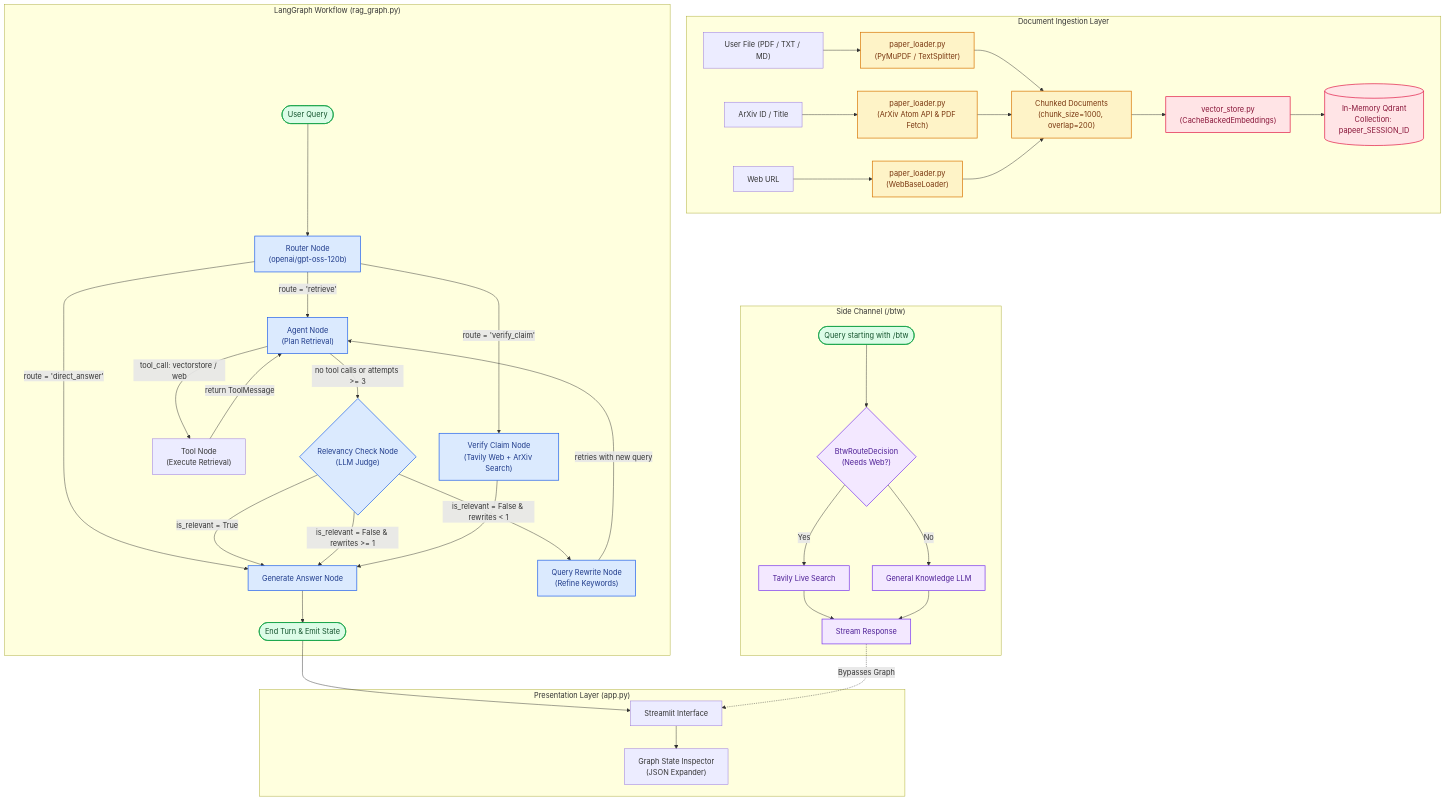
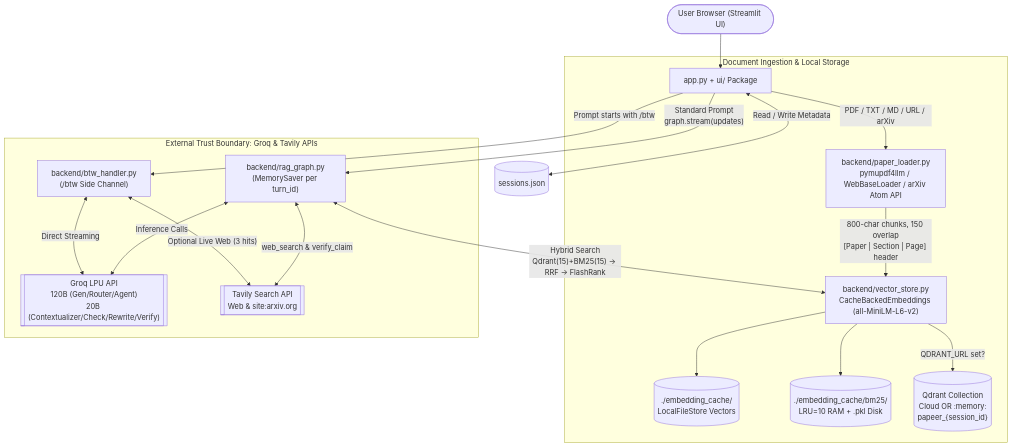
One commit to dummycodertech/research-assistant-agentic-rag changed the first of 3 diagrams in README.md. Above: the diagram before and after it, drawn with Mermaid. The commit also changed other lines of this file and 3 other files, not shown here.

````diff
--- a/README.md
+++ b/README.md
@@ -129,58 +116,29 @@
 ```mermaid
 flowchart TD
-  subgraph Ingestion["Document Ingestion Layer"]
-    A1["User File (PDF / TXT / MD)"] --> B1["paper_loader.py<br/>(PyMuPDF / TextSplitter)"]
-    A2["ArXiv ID / Title"] --> B2["paper_loader.py<br/>(ArXiv Atom API & PDF Fetch)"]
-    A3["Web URL"] --> B3["paper_loader.py<br/>(WebBaseLoader)"]
-    B1 --> C["Chunked Documents<br/>(chunk_size=1000, overlap=200)"]
-    B2 --> C
-    B3 --> C
-    C --> D["vector_store.py<br/>(CacheBackedEmbeddings)"]
-    D --> E[("In-Memory Qdrant<br/>Collection: papeer_SESSION_ID")]
-  end
+    User(["User Browser (Streamlit UI)"]) --> App["app.py + ui/ Package"]
 
-  subgraph Orchestration["LangGraph Workflow (rag_graph.py)"]
-    UserQuery(["User Query"]) --> RouterNode["Router Node<br/>(openai/gpt-oss-120b)"]
-    
-    RouterNode -->|"route = 'retrieve'"| AgentNode["Agent Node<br/>(Plan Retrieval)"]
-    RouterNode -->|"route = 'verify_claim'"| VerifyNode["Verify Claim Node<br/>(Tavily Web + ArXiv Search)"]
-    RouterNode -->|"route = 'direct_answer'"| AnswerNode["Generate Answer Node"]
-    
-    AgentNode -->|"tool_call: vectorstore / web"| ToolNode["Tool Node<br/>(Execute Retrieval)"]
-    ToolNode -->|"return ToolMessage"| AgentNode
-    
-    AgentNode -->|"no tool calls or attempts >= 3"| RelevanceNode{"Relevancy Check Node<br/>(LLM Judge)"}
-    
-    RelevanceNode -->|"is_relevant = True"| AnswerNode
-    RelevanceNode -->|"is_relevant = False & rewrites < 1"| RewriteNode["Query Rewrite Node<br/>(Refine Keywords)"]
-    RelevanceNode -->|"is_relevant = False & rewrites >= 1"| AnswerNode
-    
-    RewriteNode -->|"retries with new query"| AgentNode
-    VerifyNode --> AnswerNode
-    AnswerNode --> EndNode(["End Turn & Emit State"])
-  end
+    subgraph Ingestion["Document Ingestion & Local Storage"]
+        App -->|"PDF / TXT / MD / URL / arXiv"| Loader["backend/paper_loader.py<br/>pymupdf4llm / WebBaseLoader / arXiv Atom API"]
+        Loader -->|"800-char chunks, 150 overlap<br/>[Paper | Section | Page] header"| VStore["backend/vector_store.py<br/>CacheBackedEmbeddings (all-MiniLM-L6-v2)"]
+        VStore --> EmbedDisk[("./embedding_cache/<br/>LocalFileStore Vectors")]
+        VStore --> BM25Disk[("./embedding_cache/bm25/<br/>LRU=10 RAM + .pkl Disk")]
+        VStore -->|"QDRANT_URL set?"| Qdrant[("Qdrant Collection<br/>Cloud OR :memory:<br/>papeer_{session_id}")]
+    end
 
-  subgraph SideChannel["Side Channel (/btw)"]
-    BtwQuery(["Query starting with /btw"]) --> BtwRouter{"BtwRouteDecision<br/>(Needs Web?)"}
-    BtwRouter -->|"Yes"| TavilyDirect["Tavily Live Search"] --> BtwStream["Stream Response"]
-    BtwRouter -->|"No"| GeneralLLM["General Knowledge LLM"] --> BtwStream
-  end
+    subgraph TrustGroq["External Trust Boundary: Groq & Tavily APIs"]
+        LangGraph["backend/rag_graph.py<br/>(MemorySaver per turn_id)"]
+        SideChan["backend/btw_handler.py<br/>(/btw Side Channel)"]
+        GroqAPI[["Groq LPU API<br/>120B (Gen/Router/Agent)<br/>20B (Contextualizer/Check/Rewrite/Verify)"]]
+        TavilyAPI[["Tavily Search API<br/>Web & site:arxiv.org"]]
+    end
 
-  subgraph UI["Presentation Layer (app.py)"]
-    EndNode --> StreamlitUI["Streamlit Interface"]
-    BtwStream -.->|"Bypasses Graph"| StreamlitUI
-    StreamlitUI --> Inspector["Graph State Inspector<br/>(JSON Expander)"]
-  end
+    App -->|"Standard Prompt<br/>graph.stream(updates)"| LangGraph
+    App -->|"Prompt starts with /btw"| SideChan
+    App <-->|"Read / Write Metadata"| SessFile[("sessions.json")]
 
-  classDef primary fill:#dbeafe,stroke:#2563eb,stroke-width:1.5px,color:#1e3a8a;
-  classDef accent fill:#fef3c7,stroke:#d97706,stroke-width:1.5px,color:#78350f;
-  classDef storage fill:#ffe4e6,stroke:#e11d48,stroke-width:1.5px,color:#881337;
-  classDef sidechannel fill:#f3e8ff,stroke:#7c3aed,stroke-width:1.5px,color:#4c1d95;
-  classDef terminal fill:#dcfce7,stroke:#16a34a,stroke-width:1.5px,color:#14532d;
-
-  class RouterNode,AgentNode,RelevanceNode,RewriteNode,VerifyNode,AnswerNode primary;
-  class B1,B2,B3,C accent;
-  class D,E storage;
-  class BtwRouter,TavilyDirect,GeneralLLM,BtwStream sidechannel;
-  class UserQuery,BtwQuery,EndNode terminal;
+    LangGraph <-->|"Hybrid Search<br/>Qdrant(15)+BM25(15) -> RRF -> FlashRank"| VStore
+    LangGraph <-->|"Inference Calls"| GroqAPI
+    LangGraph <-->|"web_search & verify_claim"| TavilyAPI
+    SideChan <-->|"Direct Streaming"| GroqAPI
+    SideChan <-->|"Optional Live Web (3 hits)"| TavilyAPI
 ```
````
